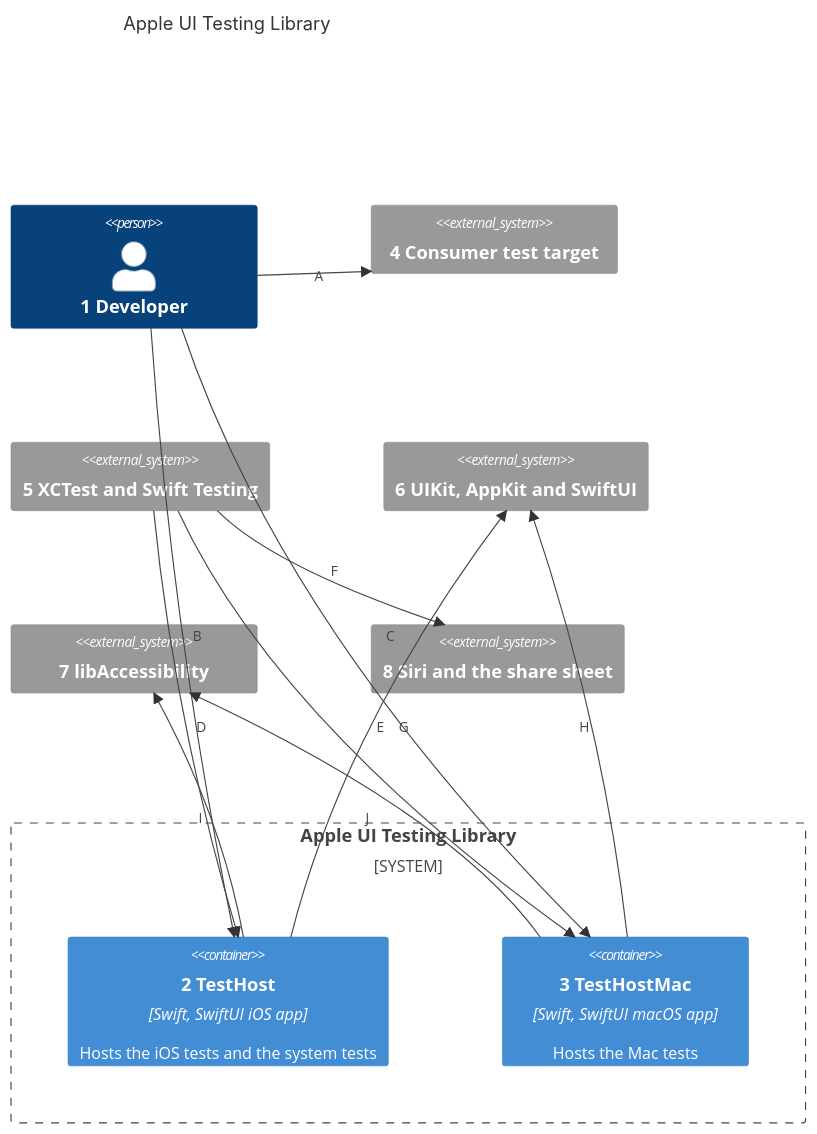
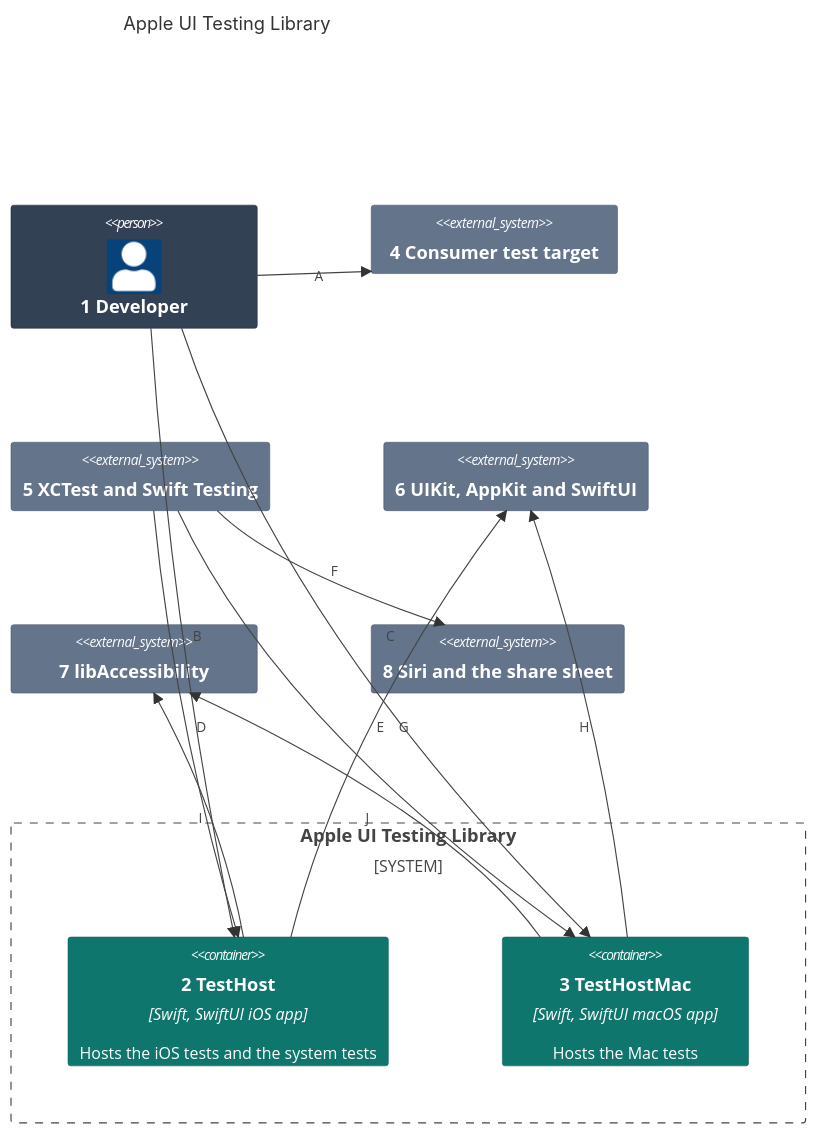
The first of 2 diagrams in docs/architecture/02-containers.md (may-journal/apple-ui-testing-library), drawn with Mermaid before and after one commit. The commit also changed other lines of this file and 7 other files, not shown here.

First line of the commit message:
docs(architecture): draw each view in the form and palette of its level (#107)

````diff
--- a/docs/architecture/02-containers.md
+++ b/docs/architecture/02-containers.md
@@ -9,28 +9,37 @@
 ```mermaid
 C4Container
     title Apple UI Testing Library
 
     Person(dev, "1 Developer")
 
     System_Boundary(pkg, "Apple UI Testing Library") {
         Container(host, "2 TestHost", "Swift, SwiftUI iOS app", "Hosts the iOS tests and the system tests")
         Container(hostMac, "3 TestHostMac", "Swift, SwiftUI macOS app", "Hosts the Mac tests")
     }
 
     System_Ext(consumer, "4 Consumer test target")
     System_Ext(runner, "5 XCTest and Swift Testing")
     System_Ext(uikit, "6 UIKit, AppKit and SwiftUI")
     System_Ext(ax, "7 libAccessibility")
     System_Ext(system, "8 Siri and the share sheet")
 
     Rel(dev, consumer, "A")
     Rel(dev, host, "B")
     Rel(dev, hostMac, "C")
     Rel(runner, host, "D")
     Rel(runner, hostMac, "E")
     Rel(runner, system, "F")
     Rel(host, uikit, "G")
     Rel(hostMac, uikit, "H")
     Rel(host, ax, "I")
     Rel(hostMac, ax, "J")
+
+    UpdateElementStyle(dev, $bgColor="#334155", $borderColor="#1e293b", $fontColor="#ffffff")
+    UpdateElementStyle(host, $bgColor="#0f766e", $borderColor="#115e59", $fontColor="#ffffff")
+    UpdateElementStyle(hostMac, $bgColor="#0f766e", $borderColor="#115e59", $fontColor="#ffffff")
+    UpdateElementStyle(consumer, $bgColor="#64748b", $borderColor="#475569", $fontColor="#ffffff")
+    UpdateElementStyle(runner, $bgColor="#64748b", $borderColor="#475569", $fontColor="#ffffff")
+    UpdateElementStyle(uikit, $bgColor="#64748b", $borderColor="#475569", $fontColor="#ffffff")
+    UpdateElementStyle(ax, $bgColor="#64748b", $borderColor="#475569", $fontColor="#ffffff")
+    UpdateElementStyle(system, $bgColor="#64748b", $borderColor="#475569", $fontColor="#ffffff")
 ```
````
